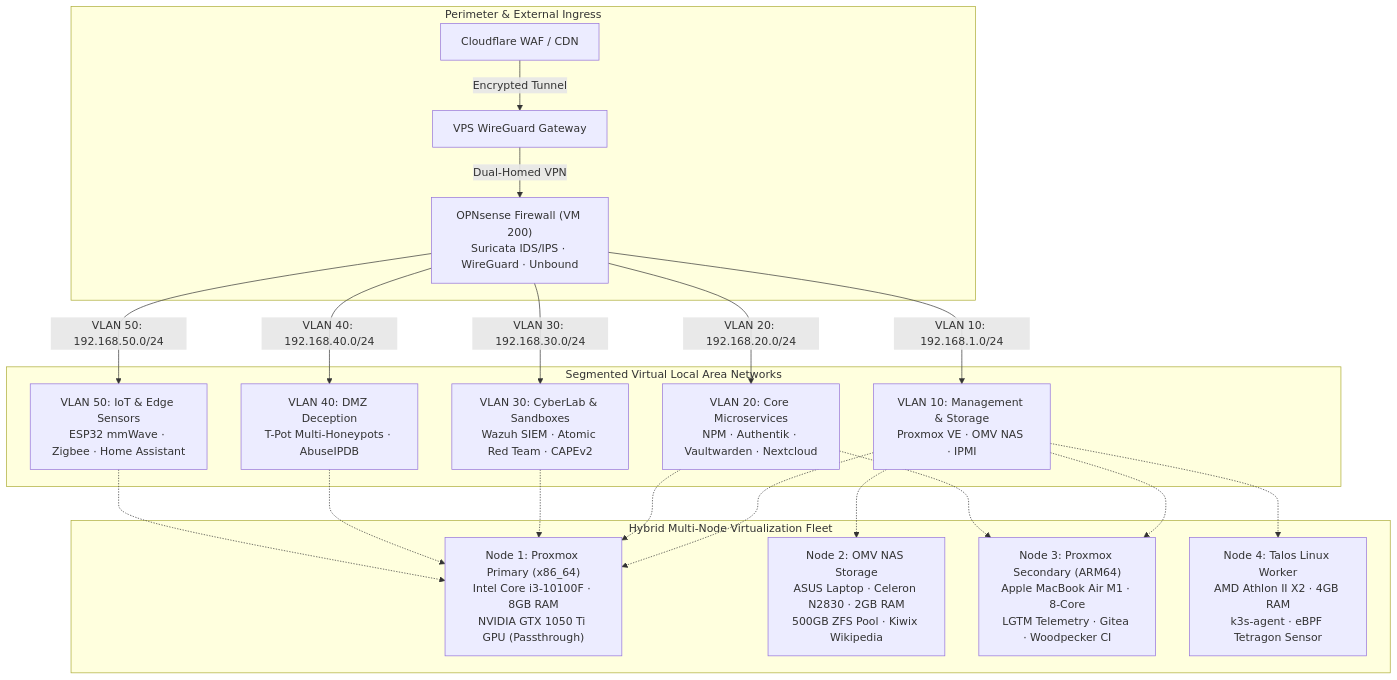
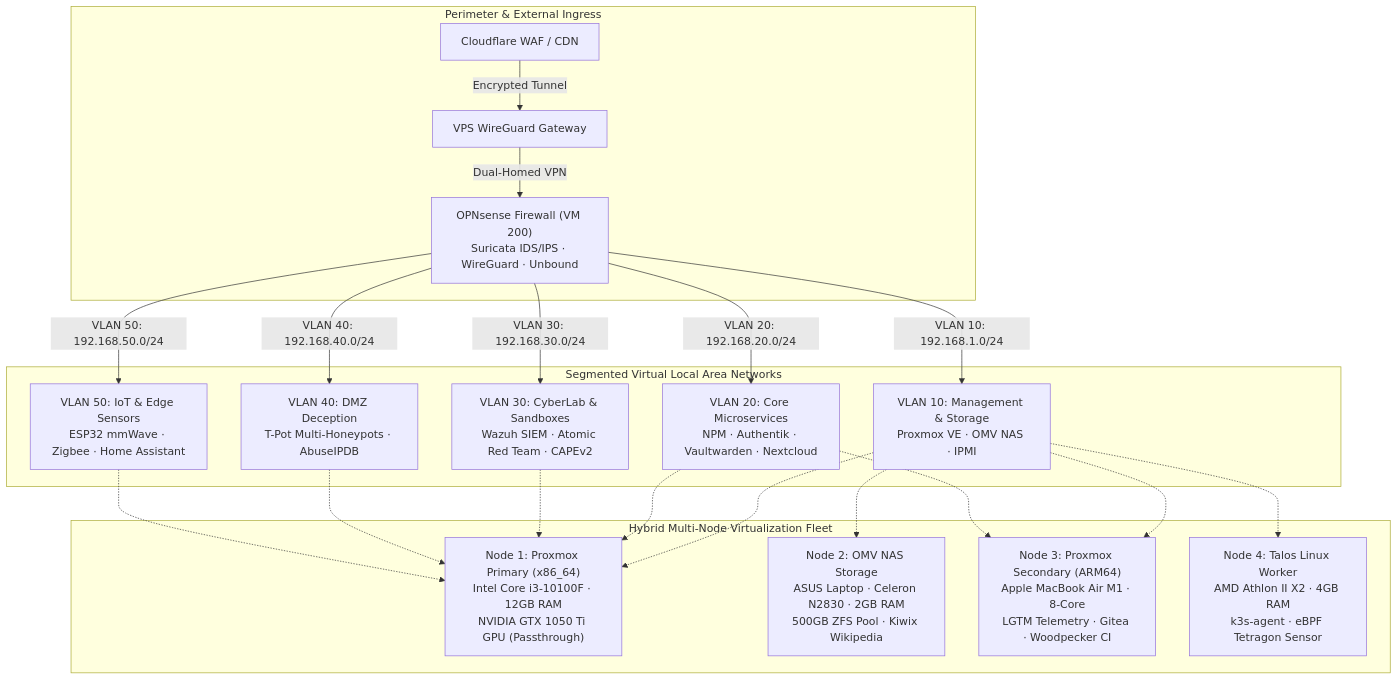
One commit to stefanutc1/datacenter changed the second of 13 diagrams in README.md. Above: the diagram before and after it, drawn with Mermaid. The commit also changed other lines of this file and 10 other files, not shown here.

Commit message:
docs(hardware): update Node 1 primary hypervisor memory from 8GB to 12GB DDR4 RAM and ZRAM to 6.0GB across all READMEs and architecture specs

````diff
--- a/README.md
+++ b/README.md
@@ -79,28 +79,28 @@
 ```mermaid
 flowchart TB
     subgraph WAN_Edge["Perimeter & External Ingress"]
         CF["Cloudflare WAF / CDN"] -->|"Encrypted Tunnel"| VPS["VPS WireGuard Gateway"]
         VPS -->|"Dual-Homed VPN"| OPN["OPNsense Firewall (VM 200)<br/>Suricata IDS/IPS · WireGuard · Unbound"]
     end
 
     subgraph Network_VLANs["Segmented Virtual Local Area Networks"]
         OPN -->|"VLAN 10: 192.168.1.0/24"| V10["VLAN 10: Management & Storage<br/>Proxmox VE · OMV NAS · IPMI"]
         OPN -->|"VLAN 20: 192.168.20.0/24"| V20["VLAN 20: Core Microservices<br/>NPM · Authentik · Vaultwarden · Nextcloud"]
         OPN -->|"VLAN 30: 192.168.30.0/24"| V30["VLAN 30: CyberLab & Sandboxes<br/>Wazuh SIEM · Atomic Red Team · CAPEv2"]
         OPN -->|"VLAN 40: 192.168.40.0/24"| V40["VLAN 40: DMZ Deception<br/>T-Pot Multi-Honeypots · AbuseIPDB"]
         OPN -->|"VLAN 50: 192.168.50.0/24"| V50["VLAN 50: IoT & Edge Sensors<br/>ESP32 mmWave · Zigbee · Home Assistant"]
     end
 
     subgraph Compute_Layer["Hybrid Multi-Node Virtualization Fleet"]
-        Node1["Node 1: Proxmox Primary (x86_64)<br/>Intel Core i3-10100F · 8GB RAM<br/>NVIDIA GTX 1050 Ti GPU (Passthrough)"]
+        Node1["Node 1: Proxmox Primary (x86_64)<br/>Intel Core i3-10100F · 12GB RAM<br/>NVIDIA GTX 1050 Ti GPU (Passthrough)"]
         Node2["Node 2: OMV NAS Storage<br/>ASUS Laptop · Celeron N2830 · 2GB RAM<br/>500GB ZFS Pool · Kiwix Wikipedia"]
         Node3["Node 3: Proxmox Secondary (ARM64)<br/>Apple MacBook Air M1 · 8-Core<br/>LGTM Telemetry · Gitea · Woodpecker CI"]
         Node4["Node 4: Talos Linux Worker<br/>AMD Athlon II X2 · 4GB RAM<br/>k3s-agent · eBPF Tetragon Sensor"]
     end
 
     V10 -.-> Node1 & Node2 & Node3 & Node4
     V20 -.-> Node1 & Node3
     V30 -.-> Node1
     V40 -.-> Node1
     V50 -.-> Node1
 ```
````
